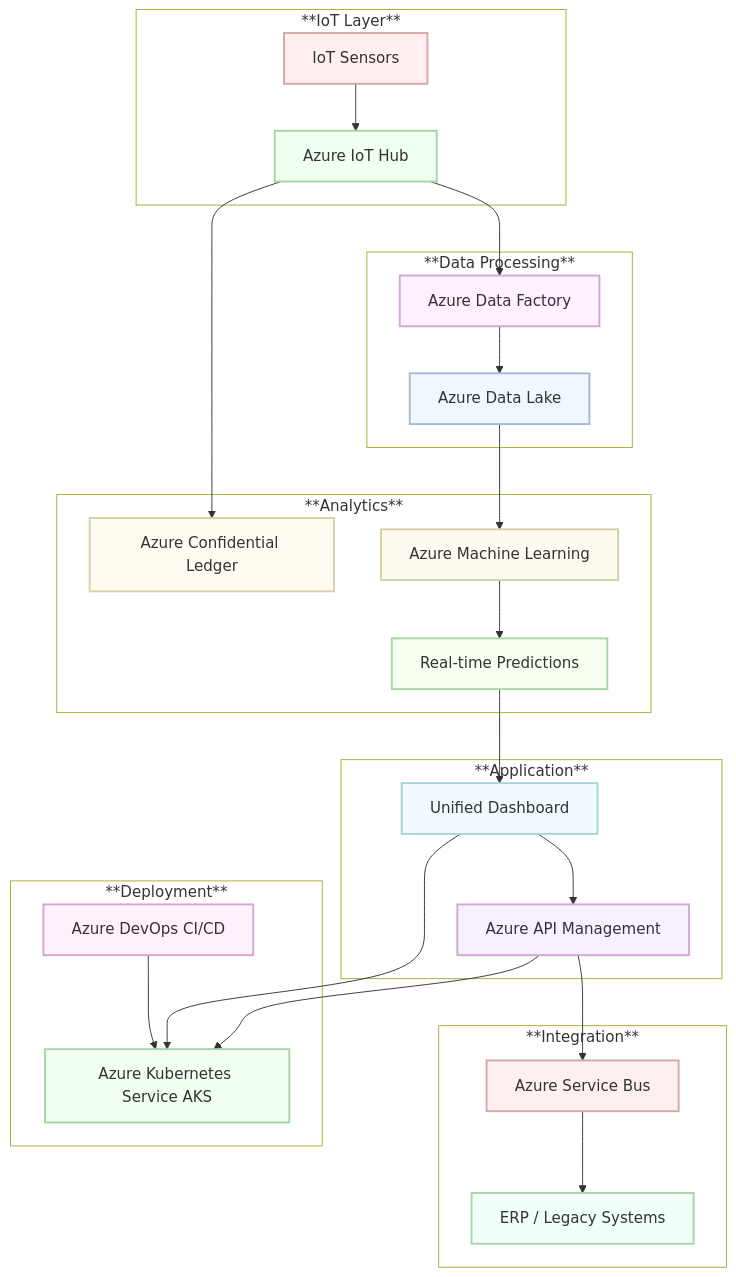
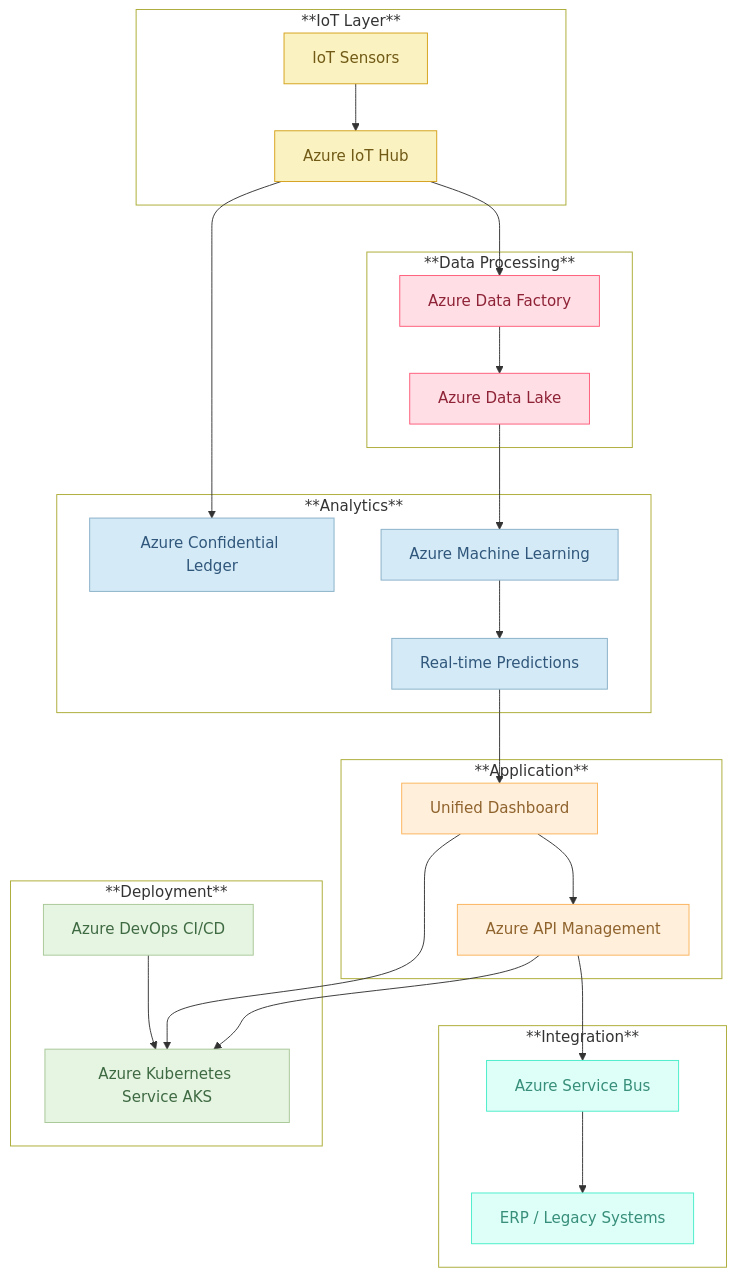
The diagram in docs/Technical/01_Architecture.md (suprachakra/AlumiCatalyst), drawn with Mermaid before and after one commit. The commit also changed other lines of this file, not shown here.

```diff
--- a/docs/Technical/01_Architecture.md
+++ b/docs/Technical/01_Architecture.md
@@ -53,6 +54,7 @@
     tertiaryColor: '#fef0ff'
     tertiaryTextColor: '#333333'
     tertiaryBorderColor: '#d4a5d4'
+  layout: fixed
 ---
 flowchart TD
  subgraph subGraph0["**IoT Layer**"]
@@ -91,31 +93,49 @@
     J --> K
     M --> L
      B:::pastel2
+     B:::KlimtGold
      A:::pastel1
+     A:::KlimtGold
      C:::pastel3
+     C:::RenoirPink
+     C:::Rose
      D:::pastel4
+     D:::Rose
      E:::pastel5
+     E:::MonetBlue
      F:::pastel6
+     F:::MonetBlue
      G:::pastel7
+     G:::MonetBlue
      H:::pastel8
+     H:::MatisseLavender
+     H:::Peach
      I:::pastel9
+     I:::Peach
      J:::pastel10
+     J:::Aqua
      K:::pastel11
+     K:::Aqua
      L:::pastel12
+     L:::DegasGreen
      M:::pastel13
-    classDef pastel1 fill:#ffefef,stroke:#d4a5a5,stroke-width:2px
-    classDef pastel2 fill:#f0fff0,stroke:#a5d4a5,stroke-width:2px
-    classDef pastel3 fill:#fef0ff,stroke:#d4a5d4,stroke-width:2px
-    classDef pastel4 fill:#f0f7ff,stroke:#a5b8d4,stroke-width:2px
-    classDef pastel5 fill:#fffaf0,stroke:#d4cfa5,stroke-width:2px
-    classDef pastel6 fill:#f7fff0,stroke:#a5d4a5,stroke-width:2px
-    classDef pastel7 fill:#fffbf0,stroke:#d4cfa5,stroke-width:2px
-    classDef pastel8 fill:#f0faff,stroke:#a5d4d4,stroke-width:2px
-    classDef pastel9 fill:#f7f0ff,stroke:#d4a5d4,stroke-width:2px
-    classDef pastel10 fill:#fff0f0,stroke:#d4a5a5,stroke-width:2px
-    classDef pastel11 fill:#f0fff7,stroke:#a5d4a5,stroke-width:2px
-    classDef pastel12 fill:#f0fff0,stroke:#a5d4a5,stroke-width:2px
-    classDef pastel13 fill:#fff0fa,stroke:#d4a5d4,stroke-width:2px
+     M:::DegasGreen
+    classDef VanGoghYellow stroke-width:1px, stroke-dasharray:none, stroke:#E3B448, fill:#FDF6C9, color:#7D5A17 
+    classDef PicassoBlue stroke-width:1px, stroke-dasharray:none, stroke:#5A84A2, fill:#CDE0F2, color:#2D4661  
+    classDef Ash stroke-width:1px, stroke-dasharray:none, stroke:#999999, fill:#EEEEEE, color:#000000
+    classDef TurnerMist stroke-width:1px, stroke-dasharray:none, stroke:#B8C4D1, fill:#EAF2F8, color:#4A5B6F
+    classDef Pine stroke-width:1px, stroke-dasharray:none, stroke:#254336, fill:#27654A, color:#FFFFFF
+    classDef HokusaiWave stroke-width:1px, stroke-dasharray:none, stroke:#6188A9, fill:#D4E8F2, color:#2A425D
+    classDef Sky stroke-width:1px, stroke-dasharray:none, stroke:#374D7C, fill:#E2EBFF, color:#374D7C
+    classDef CezannePeach stroke-width:1px, stroke-dasharray:none, stroke:#E2A07D, fill:#FBE7DA, color:#6D4532
+    classDef KlimtGold stroke-width:1px, stroke-dasharray:none, stroke:#D4A017, fill:#FBF2C1, color:#705A16
+    classDef MonetBlue stroke-width:1px, stroke-dasharray:none, stroke:#87AFC7, fill:#D4EAF7, color:#30577B
+    classDef RenoirPink stroke-width:1px, stroke-dasharray:none, stroke:#E4A0A0, fill:#FBE5E5, color:#7D3E3E
+    classDef Rose stroke-width:1px, stroke-dasharray:none, stroke:#FF5978, fill:#FFDFE5, color:#8E2236
+    classDef DegasGreen stroke-width:1px, stroke-dasharray:none, stroke:#A7C796, fill:#E6F4E2, color:#3E6A42
+    classDef MatisseLavender stroke-width:1px, stroke-dasharray:none, stroke:#B39DBC, fill:#ECE3F5, color:#4E3A5E
+    classDef Peach stroke-width:1px, stroke-dasharray:none, stroke:#FBB35A, fill:#FFEFDB, color:#8F632D
+    classDef Aqua stroke-width:1px, stroke-dasharray:none, stroke:#46EDC8, fill:#DEFFF8, color:#378E7A
     style subGraph0 fill:transparent
     style subGraph1 fill:transparent
     style Analytics fill:transparent
```
